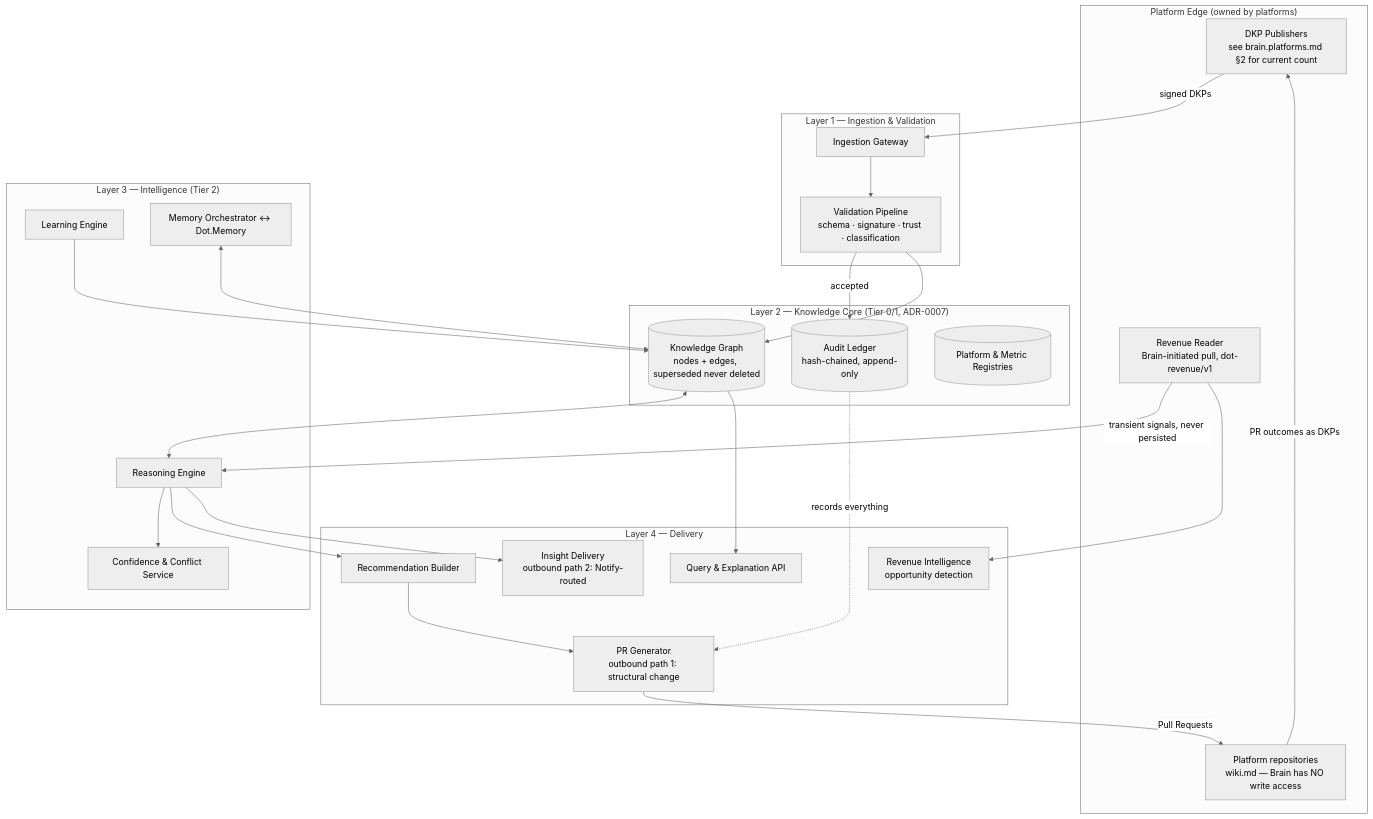
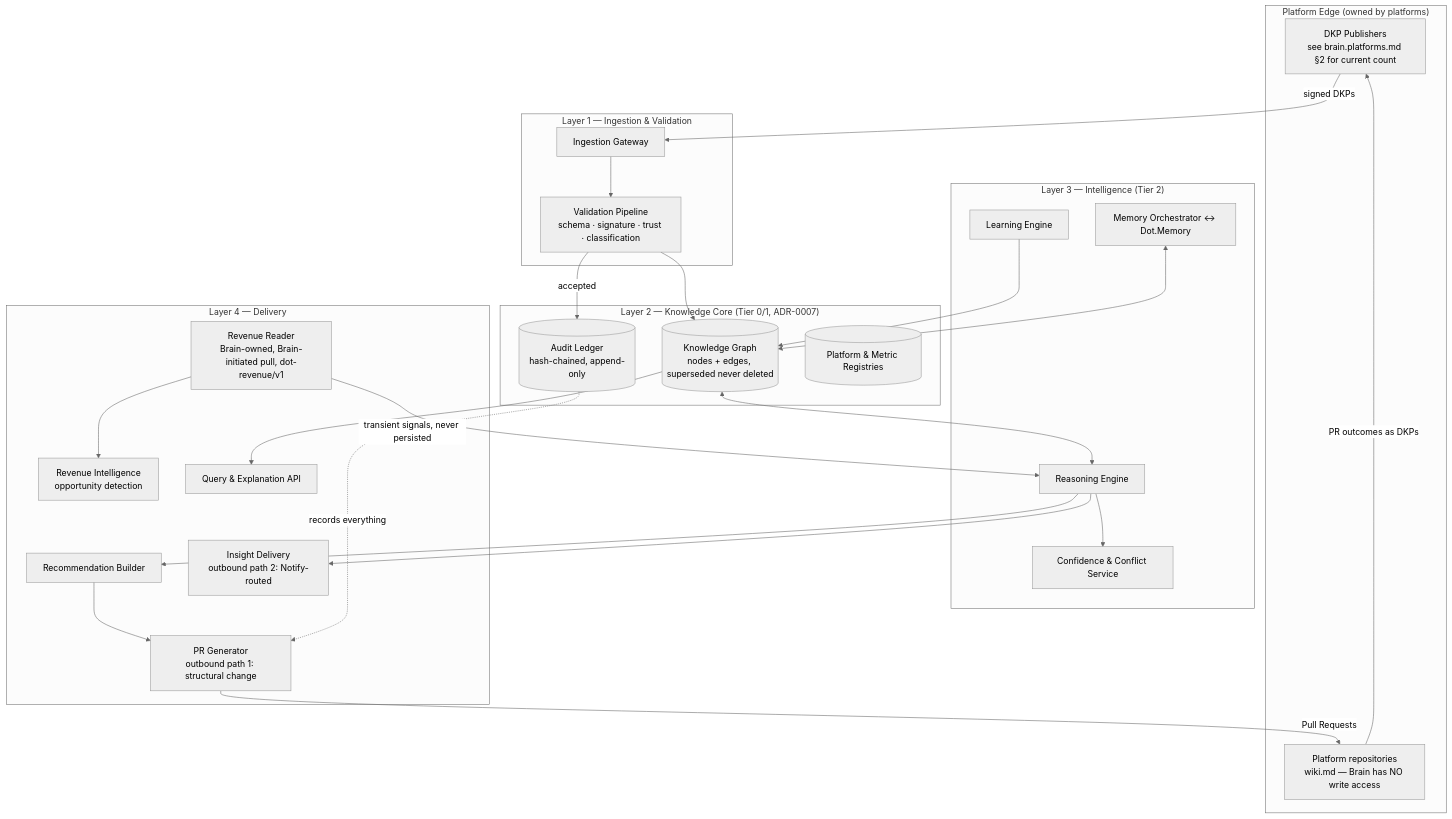
One commit to sakhilebhayi/Dot.Brain changed the first of 2 diagrams in brain.architecture.md. Above: the diagram before and after it, drawn with Mermaid (neutral theme). The commit also changed 10 other files, not shown here.

First line of the commit message:
fix(revenue-reader,revenue-intelligence): repeat-check round two — schema, crash, and doc defects

````diff
--- a/brain.architecture.md
+++ b/brain.architecture.md
@@ -31,44 +31,44 @@
 ```mermaid
 graph TB
     subgraph P["Platform Edge (owned by platforms)"]
         PUB[DKP Publishers<br/>see brain.platforms.md §2 for current count]
         REPOS[Platform repositories<br/>wiki.md — Brain has NO write access]
-        REVREAD[Revenue Reader<br/>Brain-initiated pull, dot-revenue/v1]
     end
     subgraph L1["Layer 1 — Ingestion & Validation"]
         GW[Ingestion Gateway]
         VAL[Validation Pipeline<br/>schema · signature · trust · classification]
     end
     subgraph L2["Layer 2 — Knowledge Core (Tier 0/1, ADR-0007)"]
         LEDGER[(Audit Ledger<br/>hash-chained, append-only)]
         GRAPH[(Knowledge Graph<br/>nodes + edges, superseded never deleted)]
         REG[(Platform & Metric Registries)]
     end
     subgraph L3["Layer 3 — Intelligence (Tier 2)"]
         REASON[Reasoning Engine]
         LEARN[Learning Engine]
         MEM[Memory Orchestrator ↔ Dot.Memory]
         CONF[Confidence & Conflict Service]
     end
     subgraph L4["Layer 4 — Delivery"]
         REC[Recommendation Builder]
         PRGEN[PR Generator<br/>outbound path 1: structural change]
         INSDEL[Insight Delivery<br/>outbound path 2: Notify-routed]
+        REVREAD[Revenue Reader<br/>Brain-owned, Brain-initiated pull, dot-revenue/v1]
         REVINTEL[Revenue Intelligence<br/>opportunity detection]
         QUERY[Query & Explanation API]
     end
     PUB -->|signed DKPs| GW --> VAL
     VAL -->|accepted| LEDGER
     VAL --> GRAPH
     GRAPH <--> REASON
     REASON --> CONF
     LEARN --> GRAPH
     MEM <--> GRAPH
     REASON --> REC --> PRGEN -->|Pull Requests| REPOS
     REASON --> INSDEL
     REVREAD -->|transient signals, never persisted| REASON
     REVREAD --> REVINTEL
     REPOS -->|PR outcomes as DKPs| PUB
     GRAPH --> QUERY
     LEDGER -.records everything.-> PRGEN
 ```
````
